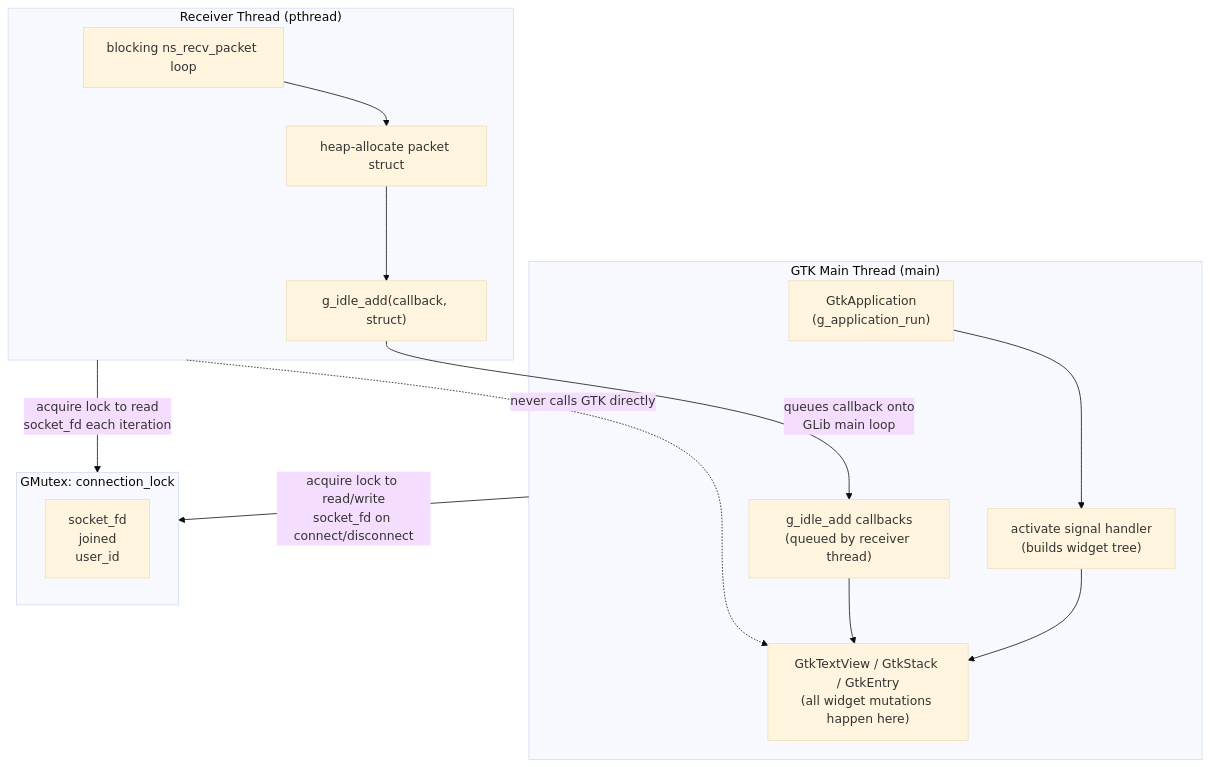
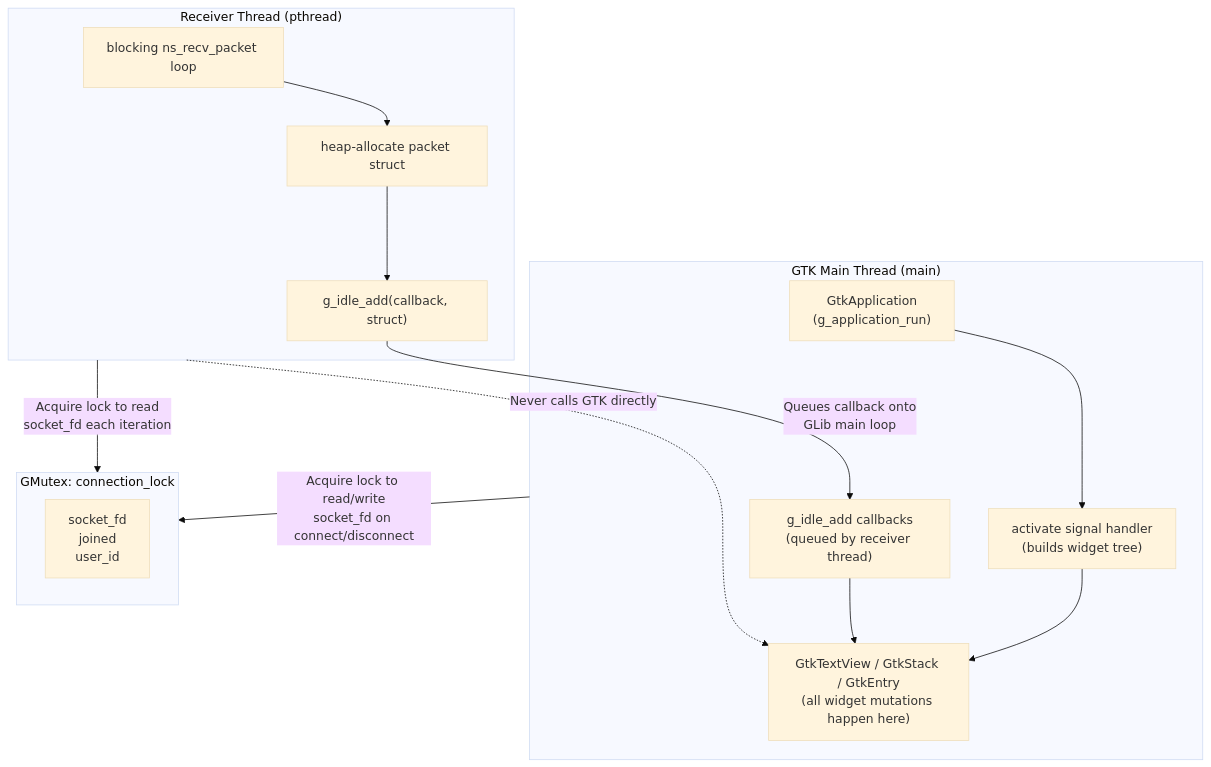
One commit to DasEd955/NodeSignal-Messenger changed the fourth of 5 diagrams in README.md. Above: the diagram before and after it, drawn with Mermaid (base theme). The commit also changed other lines of this file, not shown here.

````diff
--- a/README.md
+++ b/README.md
@@ -158,29 +158,29 @@
 ```mermaid
 graph TD
     subgraph MAIN["GTK Main Thread (main)"]
         APP["GtkApplication\n(g_application_run)"]
         ACTIVATE["activate signal handler\n(builds widget tree)"]
         CALLBACKS["g_idle_add callbacks\n(queued by receiver thread)"]
         WIDGETS["GtkTextView / GtkStack / GtkEntry\n(all widget mutations happen here)"]
         APP --> ACTIVATE
         ACTIVATE --> WIDGETS
         CALLBACKS --> WIDGETS
     end
 
     subgraph LOCK["GMutex: connection_lock"]
         SHARED["socket_fd\njoined\nuser_id"]
     end
 
     subgraph RECV["Receiver Thread (pthread)"]
         LOOP["blocking ns_recv_packet loop"]
         ALLOC["heap-allocate packet struct"]
         IDLE["g_idle_add(callback, struct)"]
         LOOP --> ALLOC
         ALLOC --> IDLE
     end
 
-    MAIN -->|"acquire lock to read/write\nsocket_fd on connect/disconnect"| LOCK
-    RECV -->|"acquire lock to read\nsocket_fd each iteration"| LOCK
-    IDLE -->|"queues callback onto\nGLib main loop"| CALLBACKS
-    RECV -.->|"never calls GTK directly"| WIDGETS
+    MAIN -->|"Acquire lock to read/write\nsocket_fd on connect/disconnect"| LOCK
+    RECV -->|"Acquire lock to read\nsocket_fd each iteration"| LOCK
+    IDLE -->|"Queues callback onto\nGLib main loop"| CALLBACKS
+    RECV -.->|"Never calls GTK directly"| WIDGETS
 ```
````
